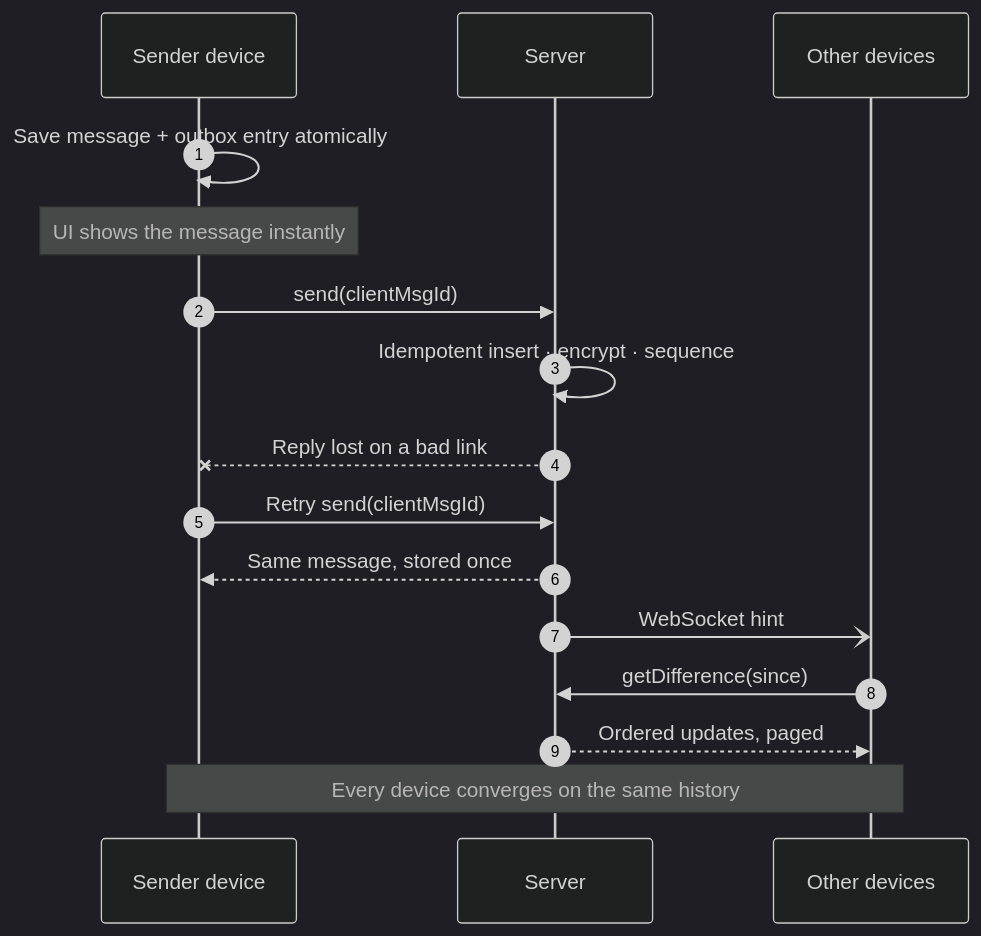
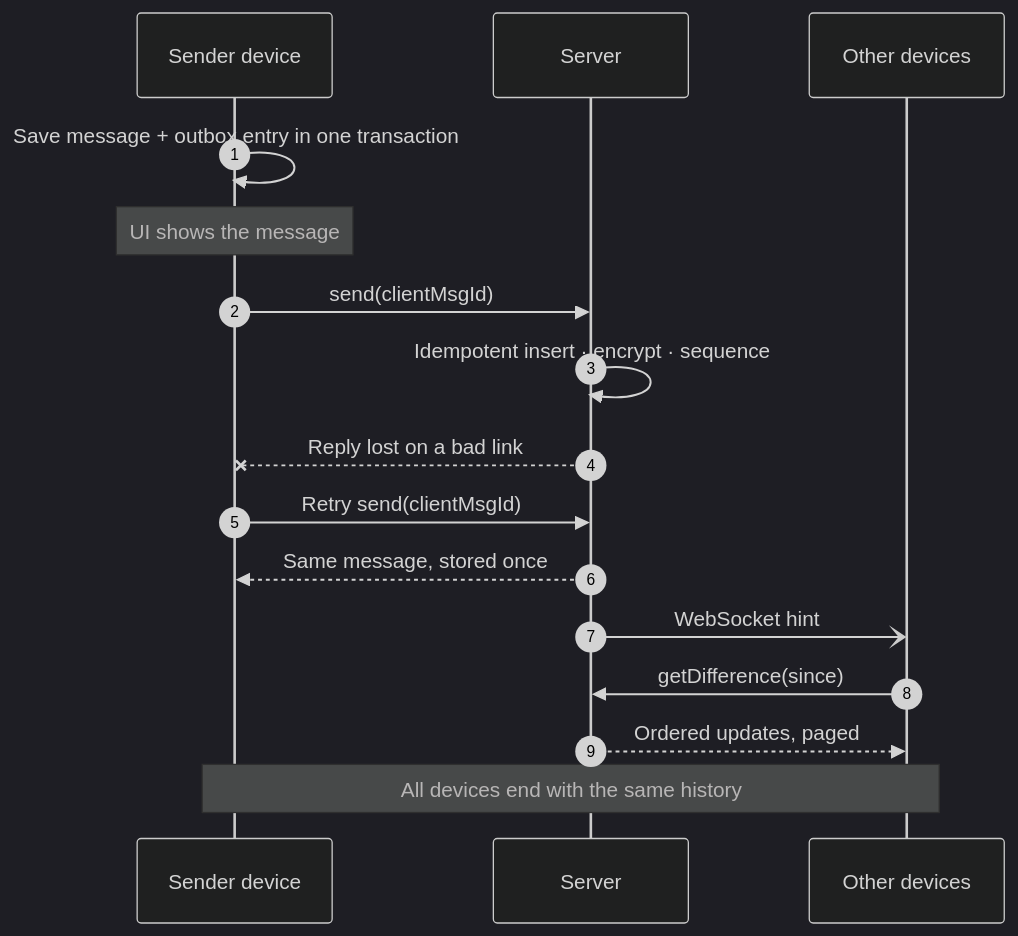
Before and after one commit to mmarufov/Toj: the second of 2 diagrams in README.md, drawn with Mermaid (dark theme). The commit also changed other lines of this file and 7 other files, not shown here.

````diff
--- a/README.md
+++ b/README.md
@@ -111,19 +107,19 @@
 ```mermaid
 sequenceDiagram
     autonumber
     participant A as Sender device
     participant S as Server
     participant B as Other devices
 
-    A->>A: Save message + outbox entry atomically
-    Note over A: UI shows the message instantly
+    A->>A: Save message + outbox entry in one transaction
+    Note over A: UI shows the message
     A->>S: send(clientMsgId)
     S->>S: Idempotent insert · encrypt · sequence
     S--xA: Reply lost on a bad link
     A->>S: Retry send(clientMsgId)
     S-->>A: Same message, stored once
     S-)B: WebSocket hint
     B->>S: getDifference(since)
     S-->>B: Ordered updates, paged
-    Note over A,B: Every device converges on the same history
+    Note over A,B: All devices end with the same history
 ```
````
